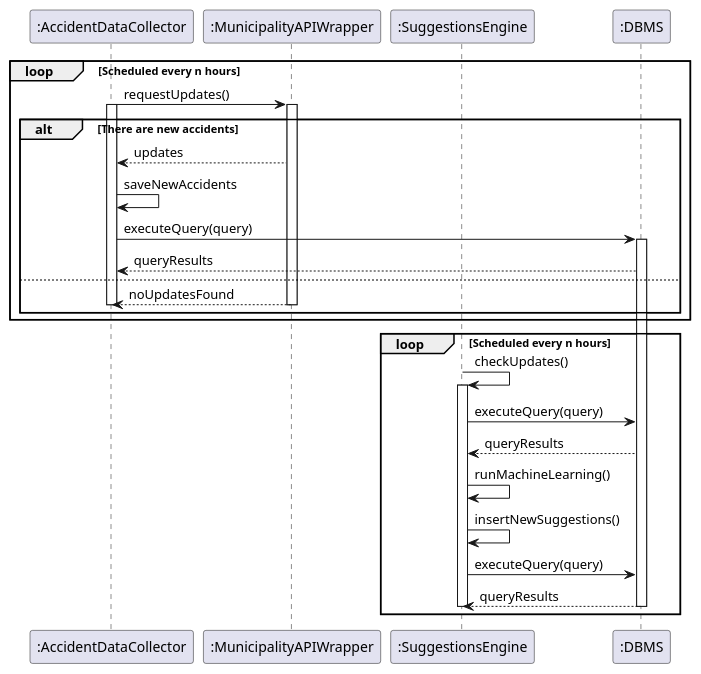
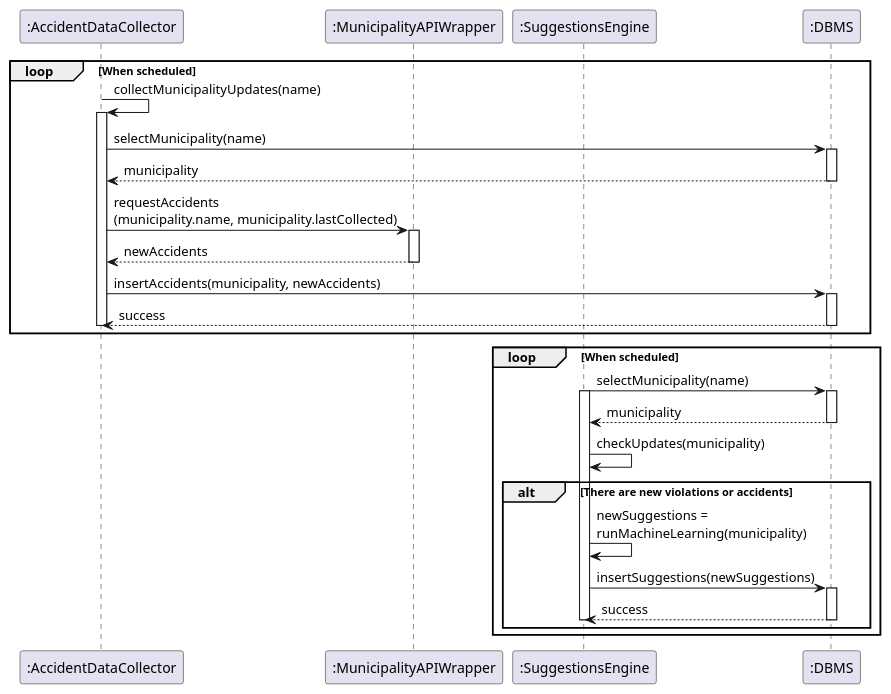
The diagram in diagrams/dd_sequence_diagram_accident_collector.wsd (fuljo/FulginiDiCesare-SE2), drawn with PlantUML before and after one commit.

Commit message:
Improve clarity in SD for data collection
- detail retrieval of information about last data collection
(the external system does not know when we performed the last update)
- only leave components active when necessary
- delete details about the trivial case in which there are no updates
- detail update check for SE

```diff
--- a/diagrams/dd_sequence_diagram_accident_collector.wsd
+++ b/diagrams/dd_sequence_diagram_accident_collector.wsd
@@ -1,40 +1,44 @@
 @startuml dd_sequence_diagram_accident_collector
 skinparam Shadowing false
 
 participant ":AccidentDataCollector" as ADC
 participant ":MunicipalityAPIWrapper" as MAPIW
 participant ":SuggestionsEngine" as SE
 participant ":DBMS" as DBMS
 
-loop Scheduled every n hours
+loop When scheduled
 
-ADC -> MAPIW : requestUpdates()
+ADC -> ADC : collectMunicipalityUpdates(name)
 activate ADC
+ADC -> DBMS : selectMunicipality(name)
+activate DBMS
+DBMS --> ADC : municipality
+deactivate DBMS
+ADC -> MAPIW : requestAccidents\n(municipality.name, municipality.lastCollected)
 activate MAPIW
-alt There are new accidents
-MAPIW --> ADC : updates
-ADC -> ADC : saveNewAccidents
-ADC -> DBMS : executeQuery(query)
+MAPIW --> ADC : newAccidents
+deactivate MAPIW
+ADC -> DBMS : insertAccidents(municipality, newAccidents)
 activate DBMS
-DBMS --> ADC : queryResults
-else
-MAPIW --> ADC : noUpdatesFound
-deactivate MAPIW
+DBMS --> ADC : success
+deactivate DBMS
 deactivate ADC
 end
-end
 
-loop Scheduled every n hours
-SE -> SE : checkUpdates()
+loop When scheduled
+SE -> DBMS : selectMunicipality(name)
 activate SE
-SE -> DBMS : executeQuery(query)
-DBMS --> SE : queryResults
-SE -> SE : runMachineLearning()
-SE -> SE : insertNewSuggestions()
-SE -> DBMS : executeQuery(query)
-DBMS --> SE : queryResults
+activate DBMS
+DBMS --> SE : municipality
+deactivate DBMS
+SE -> SE : checkUpdates(municipality)
+alt There are new violations or accidents
+SE -> SE : newSuggestions =\nrunMachineLearning(municipality)
+SE -> DBMS : insertSuggestions(newSuggestions)
+activate DBMS
+DBMS --> SE : success
 deactivate DBMS
 deactivate SE
-
+end
 end
 @enduml
```
